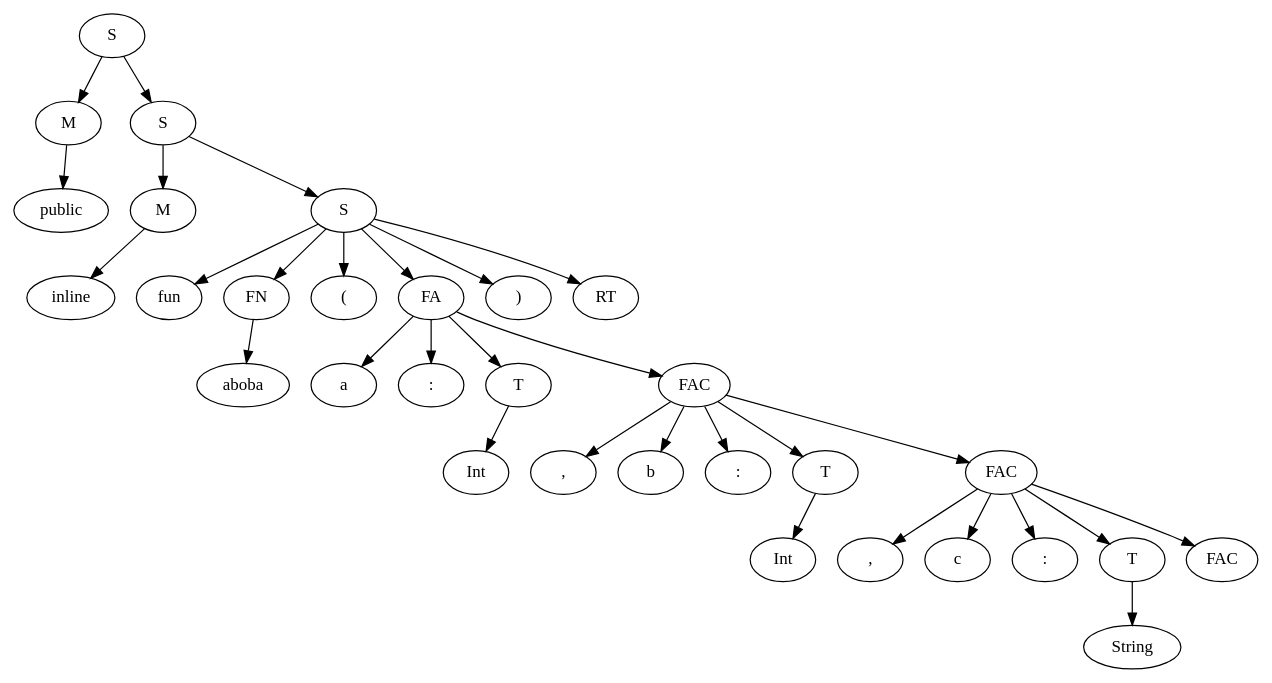
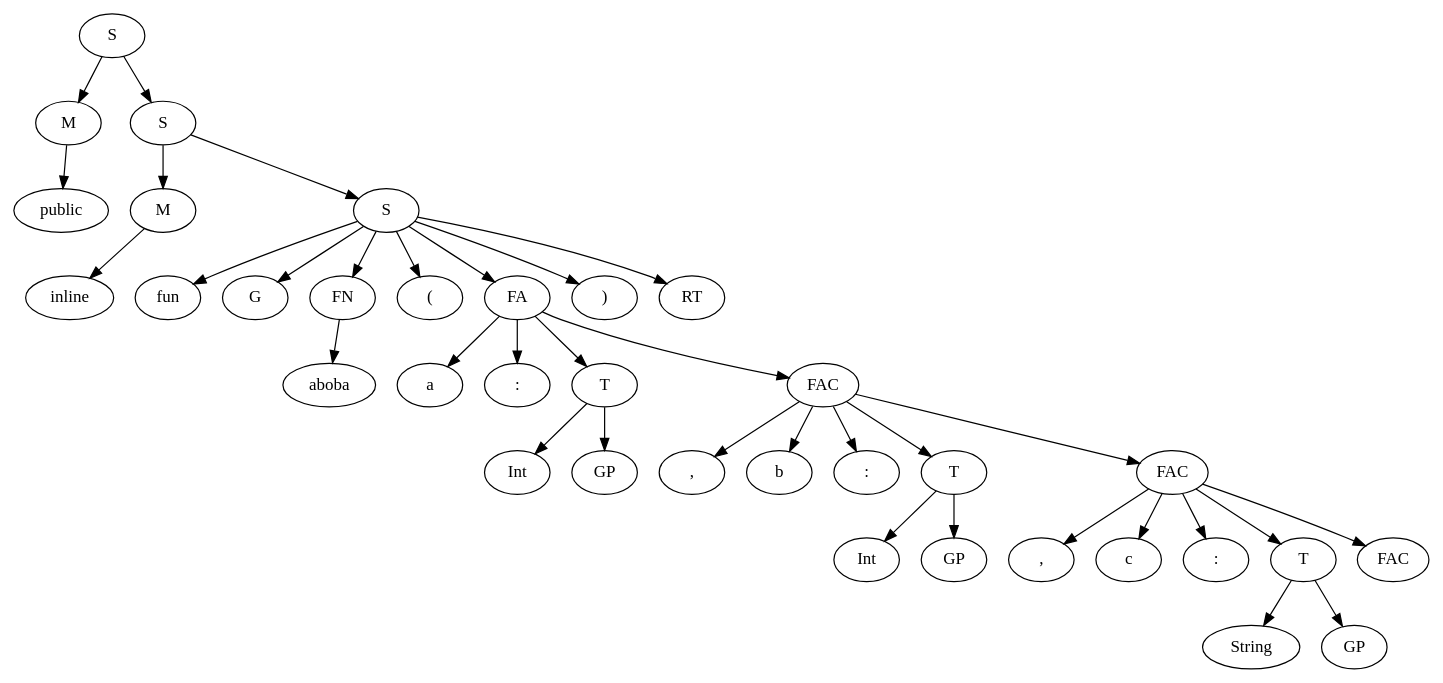
One commit to Ultimatereo/MT changed the diagram in lab2New/graph0.dot. Above: the diagram before and after it, drawn with Graphviz. The commit also changed 25 other files, not shown here.

```diff
--- a/lab2New/graph0.dot
+++ b/lab2New/graph0.dot
@@ -1,93 +1,105 @@
 digraph ParserResult {
-"S_30" [label="S"]
-"M_29" [label="M"]
-"S_30"->"M_29";
-"M_29" [label="M"]
-"public_28" [label="public"]
-"M_29"->"public_28";
-"public_28" [label="public"]
-"S_27" [label="S"]
-"S_30"->"S_27";
-"S_27" [label="S"]
-"M_26" [label="M"]
-"S_27"->"M_26";
-"M_26" [label="M"]
-"inline_25" [label="inline"]
-"M_26"->"inline_25";
-"inline_25" [label="inline"]
-"S_24" [label="S"]
-"S_27"->"S_24";
-"S_24" [label="S"]
-"fun_21" [label="fun"]
-"S_24"->"fun_21";
-"fun_21" [label="fun"]
-"FN_1" [label="FN"]
-"S_24"->"FN_1";
-"FN_1" [label="FN"]
-"aboba_0" [label="aboba"]
-"FN_1"->"aboba_0";
-"aboba_0" [label="aboba"]
-"(_22" [label="("]
-"S_24"->"(_22";
-"(_22" [label="("]
-"FA_19" [label="FA"]
-"S_24"->"FA_19";
-"FA_19" [label="FA"]
-"a_17" [label="a"]
-"FA_19"->"a_17";
-"a_17" [label="a"]
-":_18" [label=":"]
-"FA_19"->":_18";
-":_18" [label=":"]
-"T_3" [label="T"]
-"FA_19"->"T_3";
-"T_3" [label="T"]
-"Int_2" [label="Int"]
-"T_3"->"Int_2";
-"Int_2" [label="Int"]
+"S_34" [label="S"]
+"M_33" [label="M"]
+"S_34"->"M_33";
+"M_33" [label="M"]
+"public_32" [label="public"]
+"M_33"->"public_32";
+"public_32" [label="public"]
+"S_31" [label="S"]
+"S_34"->"S_31";
+"S_31" [label="S"]
+"M_30" [label="M"]
+"S_31"->"M_30";
+"M_30" [label="M"]
+"inline_29" [label="inline"]
+"M_30"->"inline_29";
+"inline_29" [label="inline"]
+"S_28" [label="S"]
+"S_31"->"S_28";
+"S_28" [label="S"]
+"fun_25" [label="fun"]
+"S_28"->"fun_25";
+"fun_25" [label="fun"]
+"G_0" [label="G"]
+"S_28"->"G_0";
+"G_0" [label="G"]
+"FN_2" [label="FN"]
+"S_28"->"FN_2";
+"FN_2" [label="FN"]
+"aboba_1" [label="aboba"]
+"FN_2"->"aboba_1";
+"aboba_1" [label="aboba"]
+"(_26" [label="("]
+"S_28"->"(_26";
+"(_26" [label="("]
+"FA_23" [label="FA"]
+"S_28"->"FA_23";
+"FA_23" [label="FA"]
+"a_21" [label="a"]
+"FA_23"->"a_21";
+"a_21" [label="a"]
+":_22" [label=":"]
+"FA_23"->":_22";
+":_22" [label=":"]
+"T_5" [label="T"]
+"FA_23"->"T_5";
+"T_5" [label="T"]
+"Int_4" [label="Int"]
+"T_5"->"Int_4";
+"Int_4" [label="Int"]
+"GP_3" [label="GP"]
+"T_5"->"GP_3";
+"GP_3" [label="GP"]
+"FAC_20" [label="FAC"]
+"FA_23"->"FAC_20";
+"FAC_20" [label="FAC"]
+",_17" [label=","]
+"FAC_20"->",_17";
+",_17" [label=","]
+"b_18" [label="b"]
+"FAC_20"->"b_18";
+"b_18" [label="b"]
+":_19" [label=":"]
+"FAC_20"->":_19";
+":_19" [label=":"]
+"T_8" [label="T"]
+"FAC_20"->"T_8";
+"T_8" [label="T"]
+"Int_7" [label="Int"]
+"T_8"->"Int_7";
+"Int_7" [label="Int"]
+"GP_6" [label="GP"]
+"T_8"->"GP_6";
+"GP_6" [label="GP"]
 "FAC_16" [label="FAC"]
-"FA_19"->"FAC_16";
+"FAC_20"->"FAC_16";
 "FAC_16" [label="FAC"]
 ",_13" [label=","]
 "FAC_16"->",_13";
 ",_13" [label=","]
-"b_14" [label="b"]
-"FAC_16"->"b_14";
-"b_14" [label="b"]
+"c_14" [label="c"]
+"FAC_16"->"c_14";
+"c_14" [label="c"]
 ":_15" [label=":"]
 "FAC_16"->":_15";
 ":_15" [label=":"]
-"T_5" [label="T"]
-"FAC_16"->"T_5";
-"T_5" [label="T"]
-"Int_4" [label="Int"]
-"T_5"->"Int_4";
-"Int_4" [label="Int"]
+"T_11" [label="T"]
+"FAC_16"->"T_11";
+"T_11" [label="T"]
+"String_10" [label="String"]
+"T_11"->"String_10";
+"String_10" [label="String"]
+"GP_9" [label="GP"]
+"T_11"->"GP_9";
+"GP_9" [label="GP"]
 "FAC_12" [label="FAC"]
 "FAC_16"->"FAC_12";
 "FAC_12" [label="FAC"]
-",_9" [label=","]
-"FAC_12"->",_9";
-",_9" [label=","]
-"c_10" [label="c"]
-"FAC_12"->"c_10";
-"c_10" [label="c"]
-":_11" [label=":"]
-"FAC_12"->":_11";
-":_11" [label=":"]
-"T_7" [label="T"]
-"FAC_12"->"T_7";
-"T_7" [label="T"]
-"String_6" [label="String"]
-"T_7"->"String_6";
-"String_6" [label="String"]
-"FAC_8" [label="FAC"]
-"FAC_12"->"FAC_8";
-"FAC_8" [label="FAC"]
-")_23" [label=")"]
-"S_24"->")_23";
-")_23" [label=")"]
-"RT_20" [label="RT"]
-"S_24"->"RT_20";
-"RT_20" [label="RT"]
+")_27" [label=")"]
+"S_28"->")_27";
+")_27" [label=")"]
+"RT_24" [label="RT"]
+"S_28"->"RT_24";
+"RT_24" [label="RT"]
 }
```
